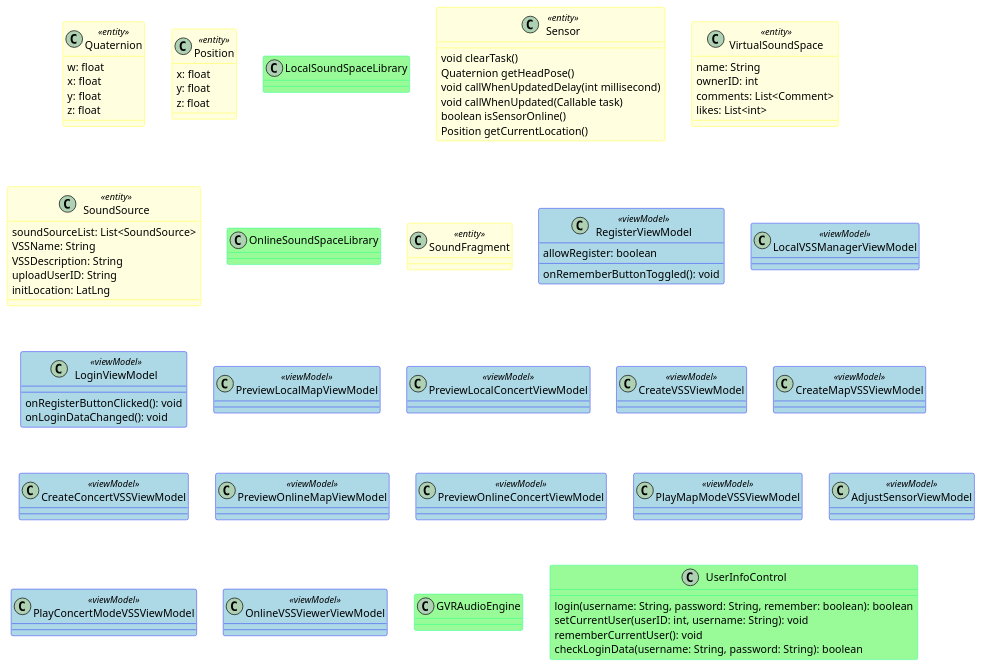
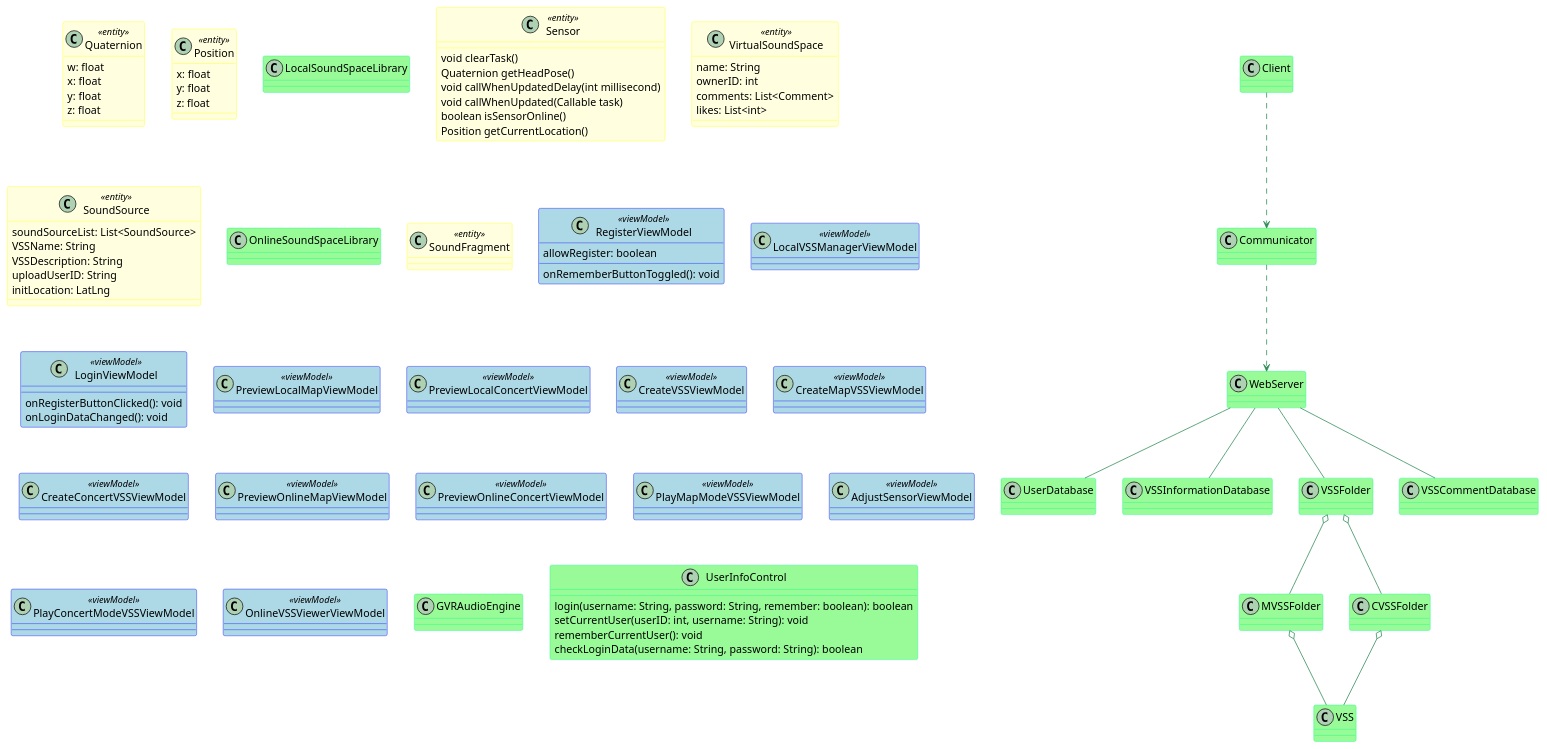
Before and after one commit to kpp19920121/doc: the diagram in 设计/对象模型.md, drawn with PlantUML. The commit also changed 1 other file, not shown here.

Commit message:
更新了类图

````diff
--- a/设计/对象模型.md
+++ b/设计/对象模型.md
@@ -165,6 +165,42 @@
 	rememberCurrentUser(): void
 	checkLoginData(username: String, password: String): boolean
 }
+class Client{
 
+}
+class Communicator{
+
+}
+class WebServer{
+}
+
+class UserDatabase{
+}
+class VSSInformationDatabase{
+}
+class VSSFolder{
+}
+class VSSCommentDatabase{
+}
+class VSS{
+
+}
+class MVSSFolder{
+
+}
+class CVSSFolder{
+
+}
+
+Client ..> Communicator
+Communicator ..> WebServer
+WebServer -- VSSInformationDatabase
+WebServer --VSSFolder
+WebServer -- UserDatabase
+WebServer -- VSSCommentDatabase
+MVSSFolder o-- VSS
+CVSSFolder o-- VSS
+VSSFolder o-- MVSSFolder
+VSSFolder o-- CVSSFolder
 @enduml
 ```
````
